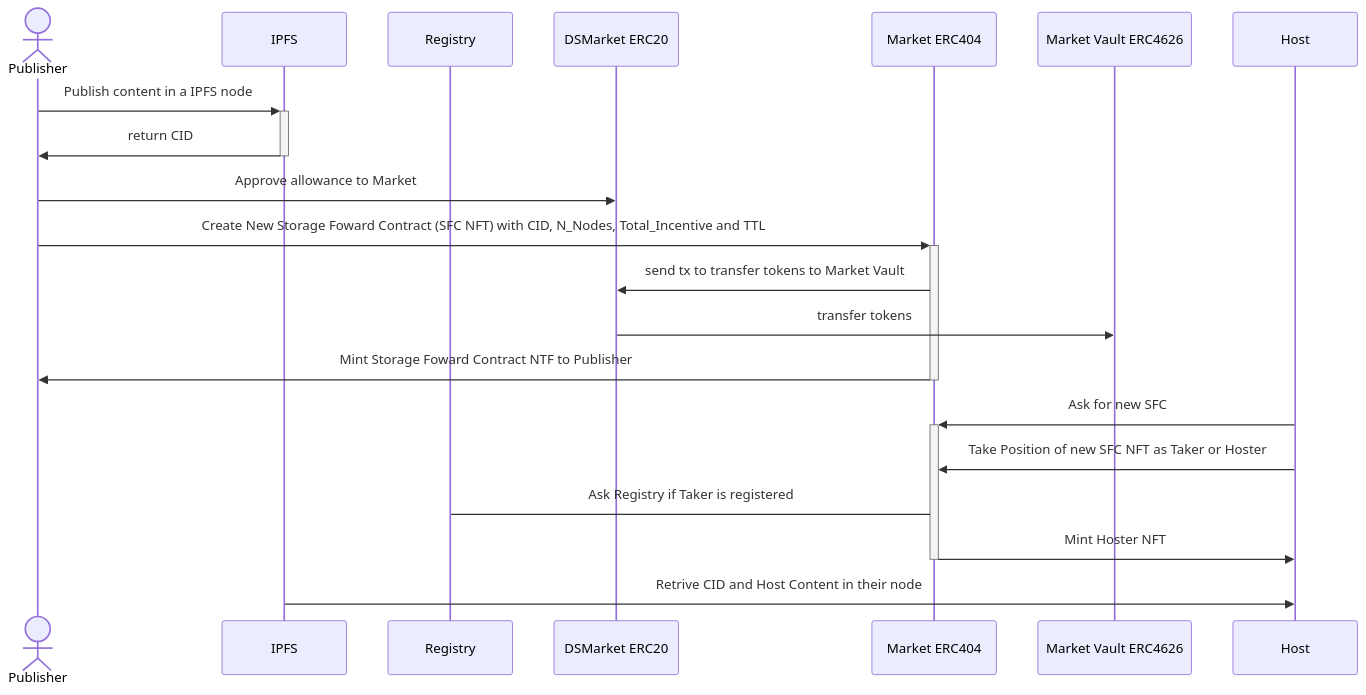
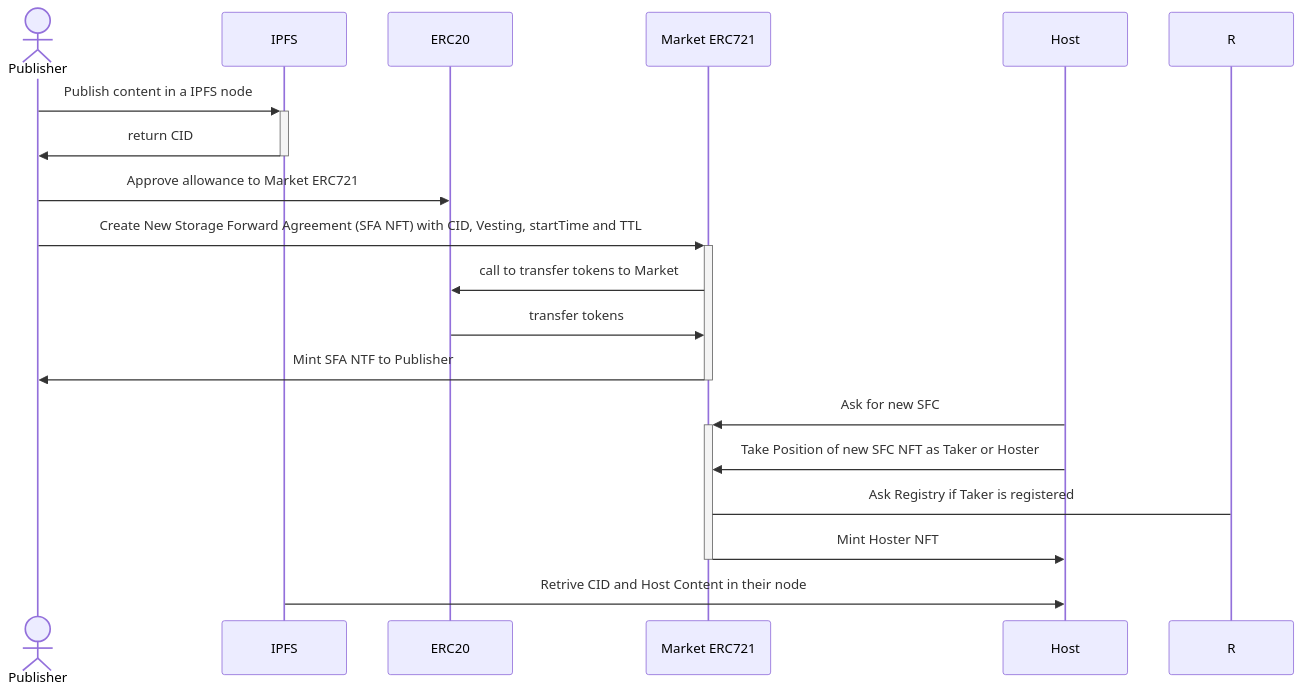
One commit to DSMarket/protocol changed the first of 3 diagrams in README.md. Above: the diagram before and after it, drawn with Mermaid. The commit also changed other lines of this file, not shown here.

Commit message:
docs: update sequences

````diff
--- a/README.md
+++ b/README.md
@@ -9,25 +9,23 @@
 ```mermaid
 sequenceDiagram
     actor P as Publisher
     participant IPFS
-    participant R as Registry
-    participant T as DSMarket ERC20
-    participant M as Market ERC404
-    participant MV as Market Vault ERC4626
+    participant T as ERC20
+    participant M as Market ERC721
     participant H as Host
 
 
     P ->>+ IPFS: Publish content in a IPFS node
     IPFS ->>- P: return CID
-    P ->> T: Approve allowance to Market
-    P ->>+ M: Create New Storage Foward Contract (SFC NFT) with CID, N_Nodes, Total_Incentive and TTL
-    M ->> T: send tx to transfer tokens to Market Vault
-    T ->> MV: transfer tokens
-    M ->>- P: Mint Storage Foward Contract NTF to Publisher
+    P ->> T: Approve allowance to Market ERC721
+    P ->>+ M: Create New Storage Forward Agreement (SFA NFT) with CID, Vesting, startTime and TTL
+    M ->> T: call to transfer tokens to Market
+    T ->> M: transfer tokens
+    M ->>- P: Mint SFA NTF to Publisher
 
     H ->>+ M: Ask for new SFC
     H ->> M: Take Position of new SFC NFT as Taker or Hoster
     M -> R: Ask Registry if Taker is registered
     M ->>- H: Mint Hoster NFT
     IPFS ->> H: Retrive CID and Host Content in their node
 ```
````
